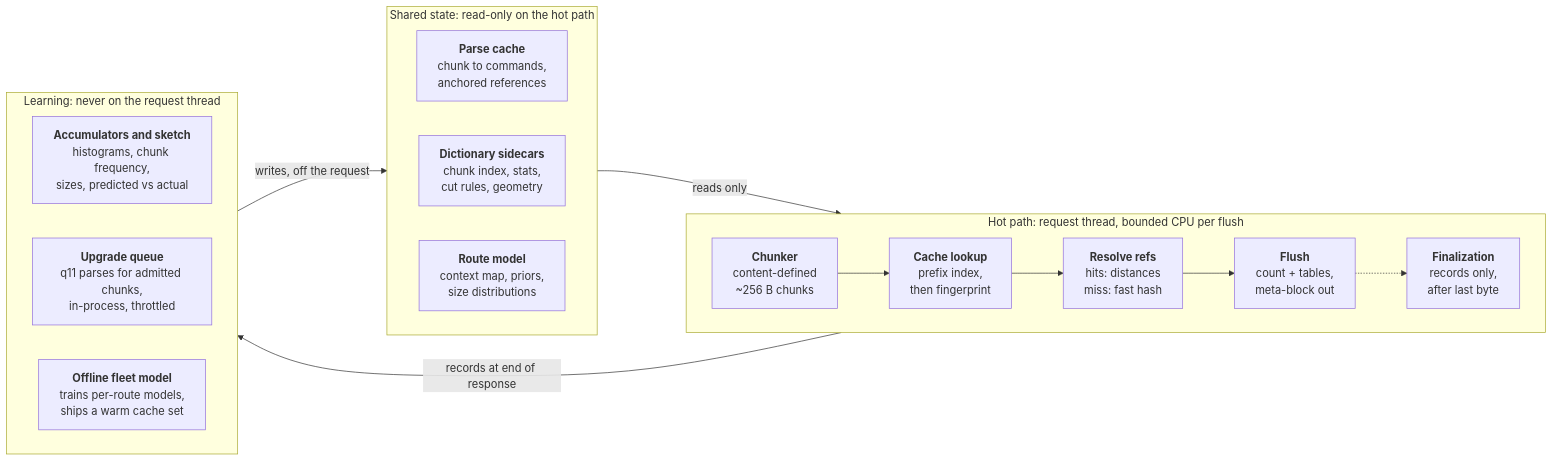
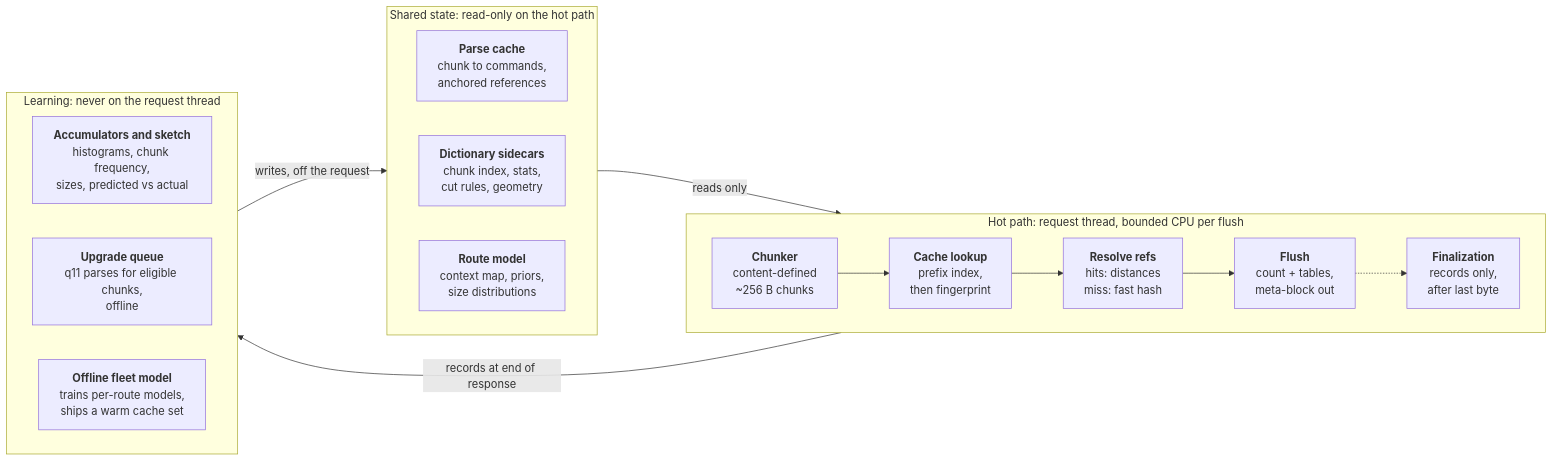
Before and after one commit to pmeenan/chunky: the diagram in docs/design.md, drawn with Mermaid. The commit also changed other lines of this file and 8 other files, not shown here.

````diff
--- a/docs/design.md
+++ b/docs/design.md
@@ -87,27 +89,27 @@
 ```mermaid
 flowchart LR
     subgraph hot["Hot path: request thread, bounded CPU per flush"]
         direction LR
         chunker["<b>Chunker</b><br/>content-defined<br/>~256 B chunks"]
         lookup["<b>Cache lookup</b><br/>prefix index,<br/>then fingerprint"]
         resolve["<b>Resolve refs</b><br/>hits: distances<br/>miss: fast hash"]
         flush["<b>Flush</b><br/>count + tables,<br/>meta-block out"]
         final["<b>Finalization</b><br/>records only,<br/>after last byte"]
         chunker --> lookup --> resolve --> flush -.-> final
     end
     subgraph shared["Shared state: read-only on the hot path"]
         direction LR
         pcache["<b>Parse cache</b><br/>chunk to commands,<br/>anchored references"]
         sidecars["<b>Dictionary sidecars</b><br/>chunk index, stats,<br/>cut rules, geometry"]
         model["<b>Route model</b><br/>context map, priors,<br/>size distributions"]
     end
     subgraph learn["Learning: never on the request thread"]
         direction LR
         acc["<b>Accumulators and sketch</b><br/>histograms, chunk frequency,<br/>sizes, predicted vs actual"]
-        upq["<b>Upgrade queue</b><br/>q11 parses for admitted chunks,<br/>in-process, throttled"]
+        upq["<b>Upgrade queue</b><br/>q11 parses for eligible chunks,<br/>offline"]
         fleet["<b>Offline fleet model</b><br/>trains per-route models,<br/>ships a warm cache set"]
     end
     shared -- "reads only" --> hot
     learn -- "writes, off the request" --> shared
     final -- "records at end of response" --> learn
 ```
````
